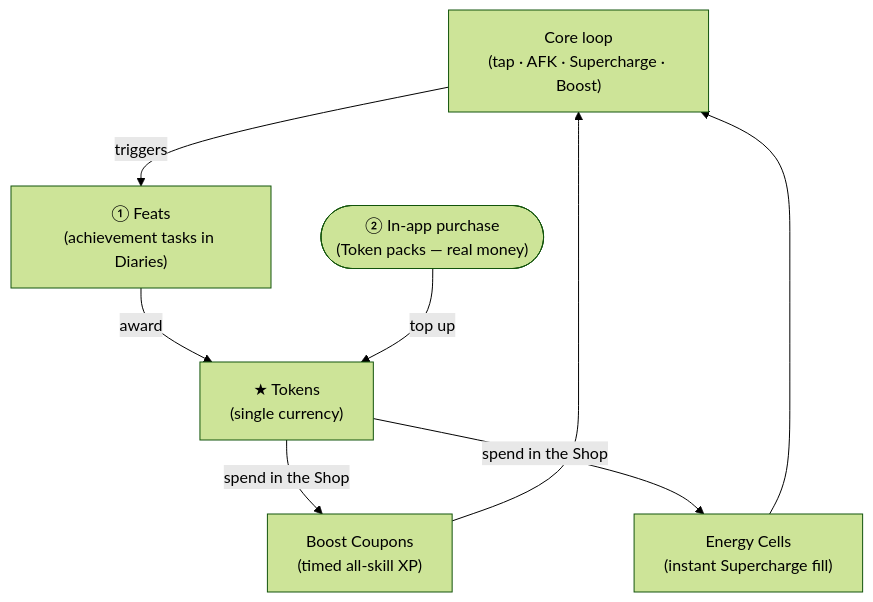
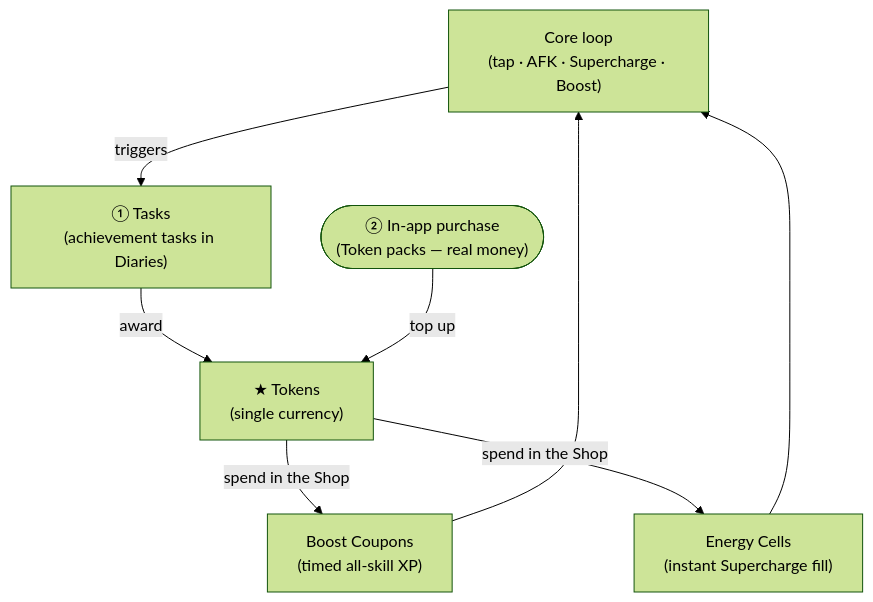
One commit to CallMeGreg/xp-waste changed the diagram in docs/ACHIEVEMENTS.md. Above: the diagram before and after it, drawn with Mermaid (forest theme). The commit also changed other lines of this file and 15 other files, not shown here.

First line of the commit message:
Rename Feats to Tasks; Log tab to Diary; fold Milestones into Tasks

````diff
--- a/docs/ACHIEVEMENTS.md
+++ b/docs/ACHIEVEMENTS.md
@@ -51,10 +51,10 @@
 ```mermaid
 flowchart TD
-    Play["Core loop\n(tap · AFK · Supercharge · Boost)"] -->|triggers| Feats
-    Feats["① Feats\n(achievement tasks in Diaries)"] -->|award| Tokens
+    Play["Core loop\n(tap · AFK · Supercharge · Boost)"] -->|triggers| Tasks
+    Tasks["① Tasks\n(achievement tasks in Diaries)"] -->|award| Tokens
     IAP(["② In-app purchase\n(Token packs — real money)"]) -->|top up| Tokens["★ Tokens\n(single currency)"]
     Tokens -->|spend in the Shop| Boosts["Boost Coupons\n(timed all-skill XP)"]
     Tokens -->|spend in the Shop| Cells["Energy Cells\n(instant Supercharge fill)"]
     Boosts --> Play
     Cells --> Play
 ```
````
